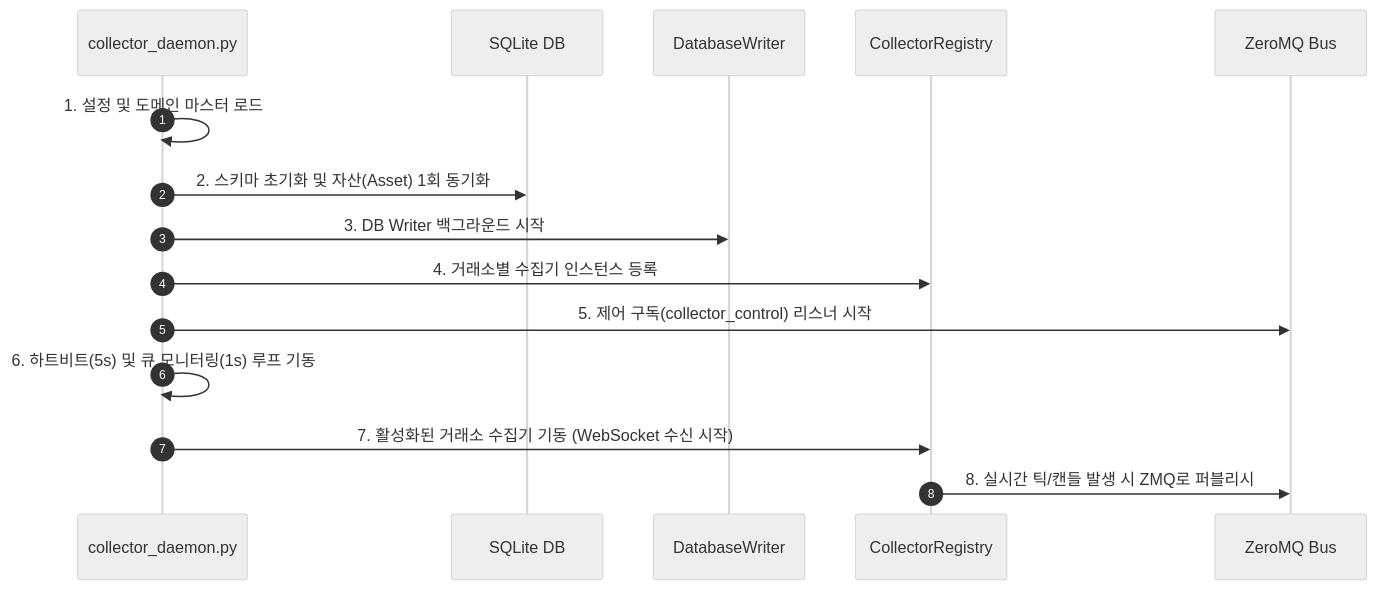
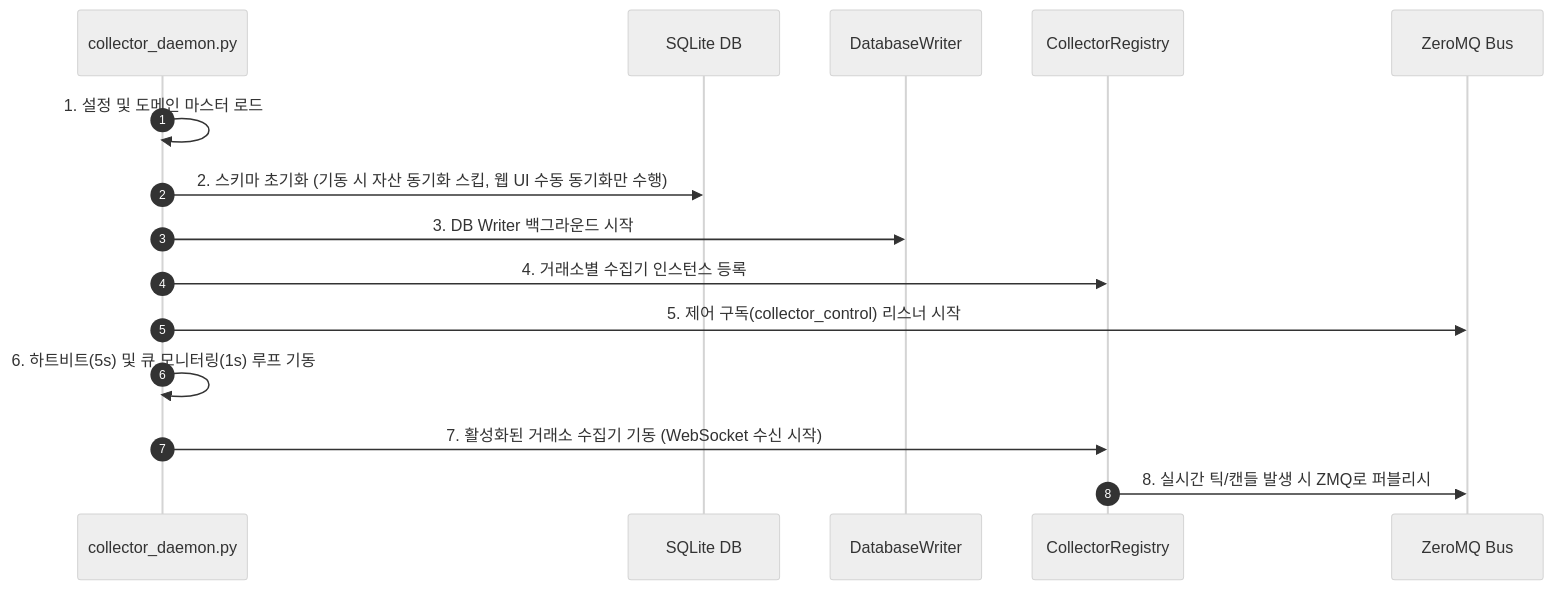
Before and after one commit to yslsoft-ui/ATS: the first of 2 diagrams in docs/daemons.md, drawn with Mermaid (neutral theme). The commit also changed 6 other files, not shown here.

````diff
--- a/docs/daemons.md
+++ b/docs/daemons.md
@@ -33,18 +33,18 @@
 ```mermaid
 sequenceDiagram
     autonumber
     participant Daemon as collector_daemon.py
     participant DB as SQLite DB
     participant DBW as DatabaseWriter
     participant Reg as CollectorRegistry
     participant ZMQ as ZeroMQ Bus
 
     Daemon->>Daemon: 1. 설정 및 도메인 마스터 로드
-    Daemon->>DB: 2. 스키마 초기화 및 자산(Asset) 1회 동기화
+    Daemon->>DB: 2. 스키마 초기화 (기동 시 자산 동기화 스킵, 웹 UI 수동 동기화만 수행)
     Daemon->>DBW: 3. DB Writer 백그라운드 시작
     Daemon->>Reg: 4. 거래소별 수집기 인스턴스 등록
     Daemon->>ZMQ: 5. 제어 구독(collector_control) 리스너 시작
     Daemon->>Daemon: 6. 하트비트(5s) 및 큐 모니터링(1s) 루프 기동
     Daemon->>Reg: 7. 활성화된 거래소 수집기 기동 (WebSocket 수신 시작)
     Reg->>ZMQ: 8. 실시간 틱/캔들 발생 시 ZMQ로 퍼블리시
 ```
````
